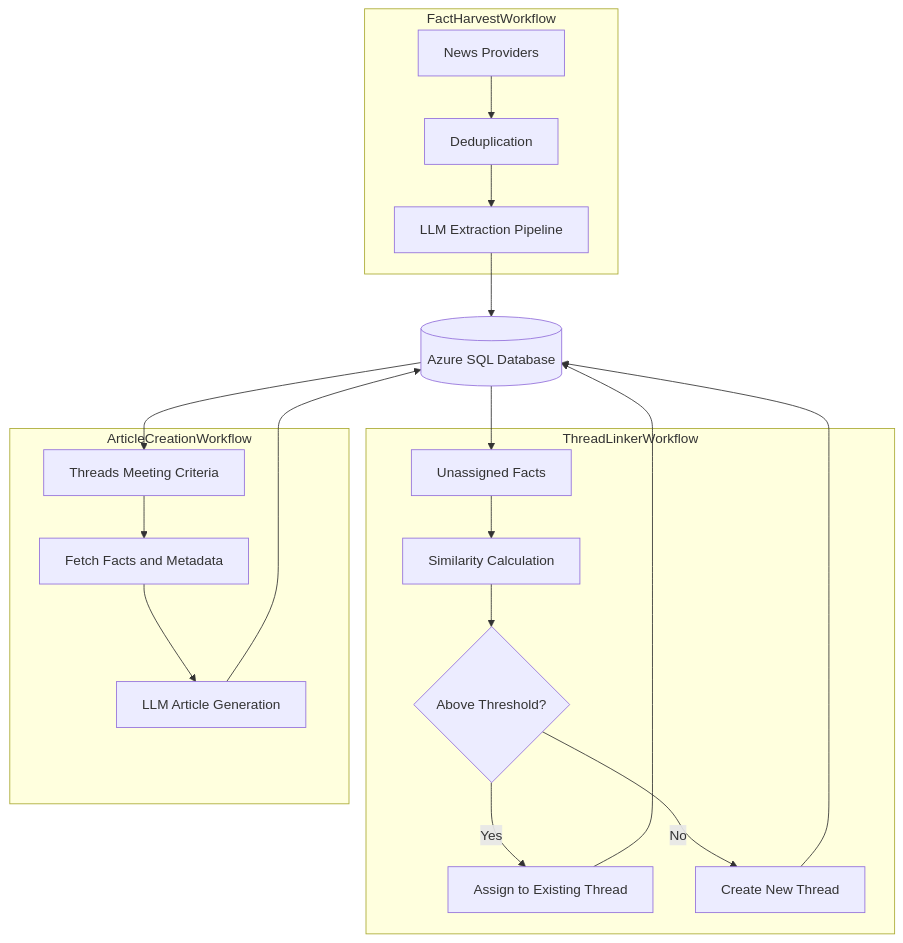
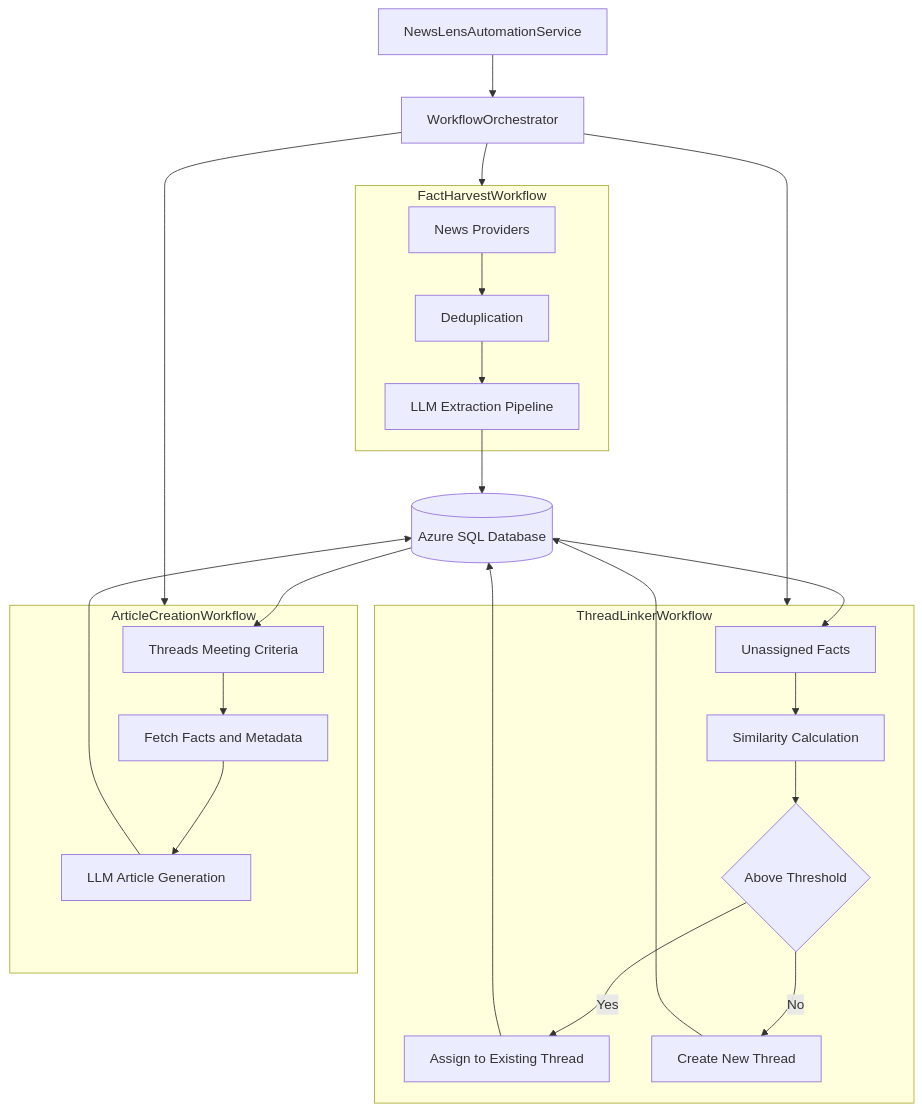
One commit to davidjohnsson96/NewsLens-Demo changed the diagram in README.md. Above: the diagram before and after it, drawn with Mermaid. The commit also changed other lines of this file, not shown here.

Commit message:
Clarify README content and flowchart annotations
Updated the README to clarify the purpose of the code and improved the flowchart annotations.

````diff
--- a/README.md
+++ b/README.md
@@ -4,42 +4,51 @@
 ```mermaid
 flowchart TB
 
-    %% Column 1 - Fact Harvest
+    %% Top Level Control
+    NAS[NewsLensAutomationService]
+    WO[WorkflowOrchestrator]
+
+    NAS --> WO
+
+    %% Workflows
     subgraph FH[FactHarvestWorkflow]
         A1[News Providers]
         A2[Deduplication]
         A3[LLM Extraction Pipeline]
         A1 --> A2 --> A3
     end
 
-    %% Column 2 - Thread Linker
     subgraph TL[ThreadLinkerWorkflow]
         B1[Unassigned Facts]
         B2[Similarity Calculation]
-        B3{Above Threshold?}
+        B3{Above Threshold}
         B4[Assign to Existing Thread]
         B5[Create New Thread]
         B1 --> B2 --> B3
         B3 -->|Yes| B4
         B3 -->|No| B5
     end
 
-    %% Column 3 - Article Creation
     subgraph AC[ArticleCreationWorkflow]
         C1[Threads Meeting Criteria]
         C2[Fetch Facts and Metadata]
         C3[LLM Article Generation]
         C1 --> C2 --> C3
     end
 
-    %% Shared Database
+    %% Orchestrator connections
+    WO --> FH
+    WO --> TL
+    WO --> AC
+
+    %% Database
     DB[(Azure SQL Database)]
 
-    %% Connections to DB
+    %% DB connections
     A3 --> DB
     DB --> B1
+    B4 --> DB
     B5 --> DB
     DB --> C1
     C3 --> DB
-    B4 --> DB
 ```
````
